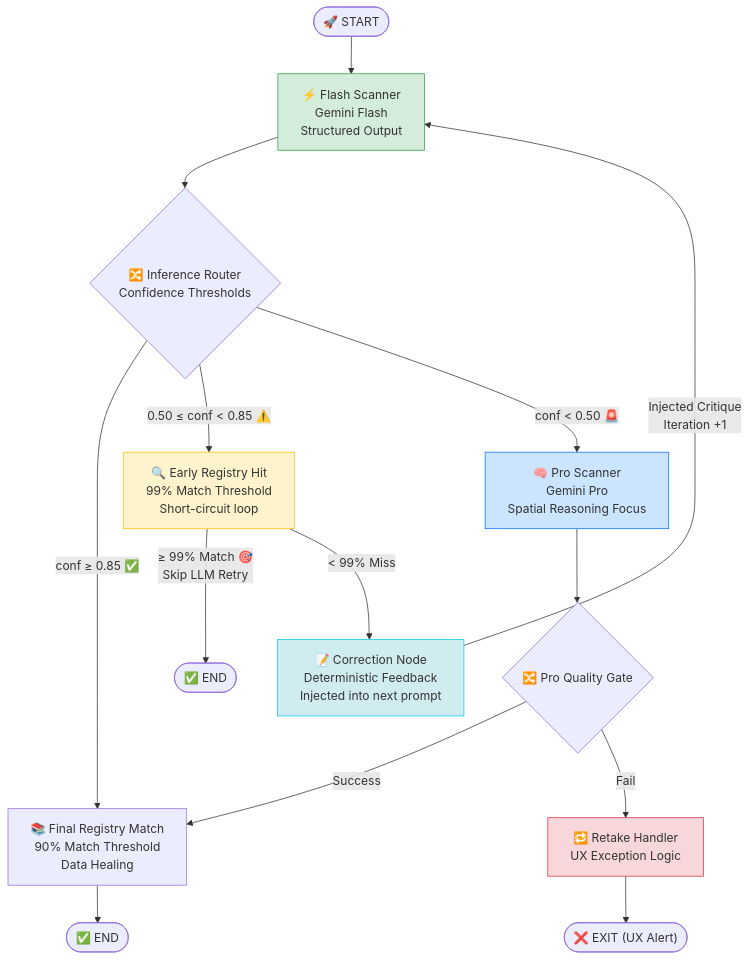
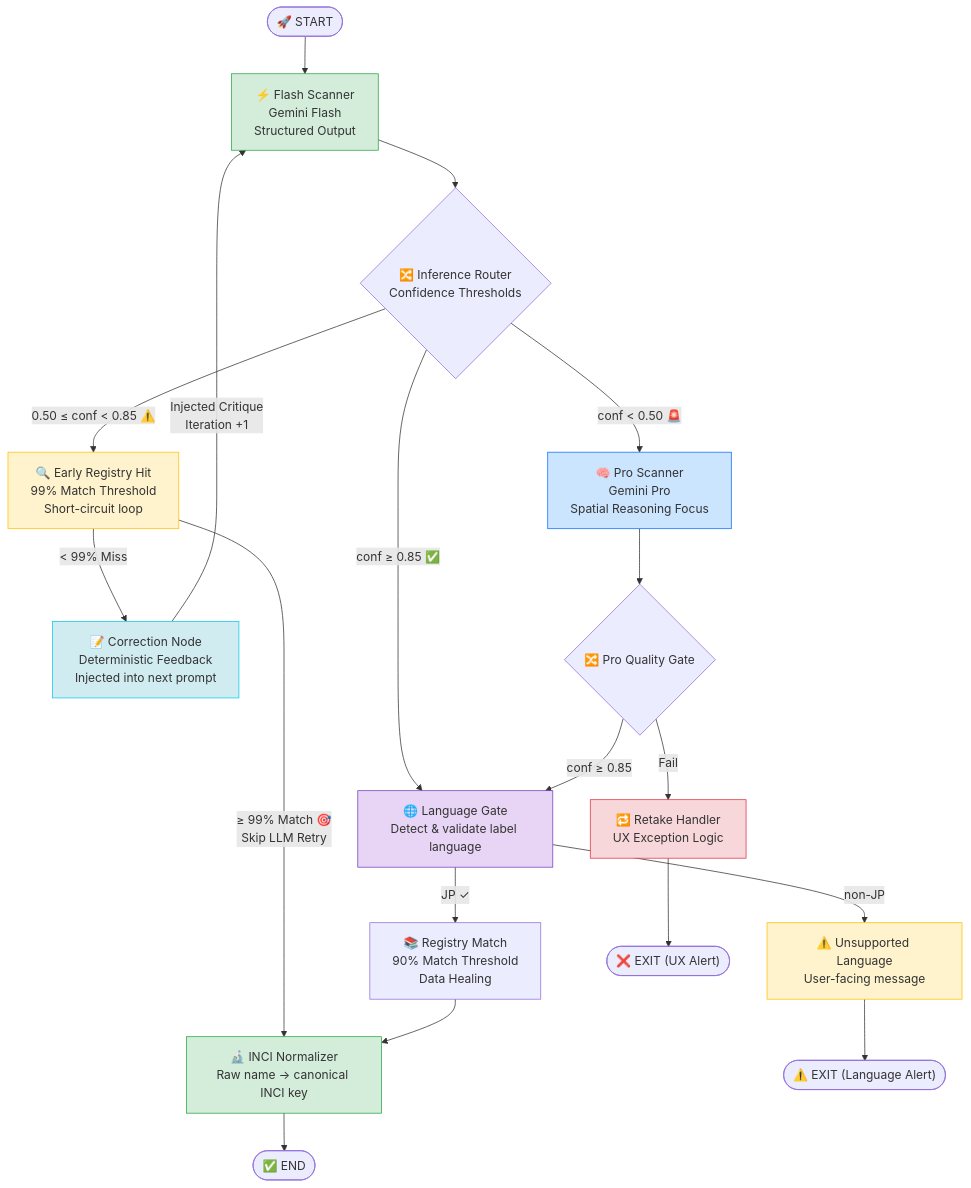
One commit to dvallslanaquera/skingraph changed the fourth of 4 diagrams in README.md. Above: the diagram before and after it, drawn with Mermaid. The commit also changed other lines of this file, not shown here.

````diff
--- a/README.md
+++ b/README.md
@@ -237,39 +314,50 @@
 ```mermaid
 flowchart TD
     Start(["🚀 START"])
     Flash["⚡ Flash Scanner\nGemini Flash\nStructured Output"]
     Router{"🔀 Inference Router\nConfidence Thresholds"}
     EarlyCheck["🔍 Early Registry Hit\n99% Match Threshold\nShort-circuit loop"]
     Correction["📝 Correction Node\nDeterministic Feedback\nInjected into next prompt"]
     Pro["🧠 Pro Scanner\nGemini Pro\nSpatial Reasoning Focus"]
-    RegLookup["📚 Final Registry Match\n90% Match Threshold\nData Healing"]
+    LangGate["🌐 Language Gate\nDetect & validate label language"]
+    RegLookup["📚 Registry Match\n90% Match Threshold\nData Healing"]
+    Normalizer["🔬 INCI Normalizer\nRaw name → canonical INCI key"]
     ProRouter{"🔀 Pro Quality Gate"}
     Retake["🔁 Retake Handler\nUX Exception Logic"]
-    End1(["✅ END"])
-    End2(["✅ END"])
-    End3(["❌ EXIT (UX Alert)"])
+    Unsupported["⚠️ Unsupported Language\nUser-facing message"]
+    EndOK(["✅ END"])
+    EndRetake(["❌ EXIT (UX Alert)"])
+    EndLang(["⚠️ EXIT (Language Alert)"])
 
     Start --> Flash
     Flash --> Router
 
-    Router -->|"conf ≥ 0.85 ✅"| RegLookup
+    Router -->|"conf ≥ 0.85 ✅"| LangGate
     Router -->|"0.50 ≤ conf < 0.85 ⚠️"| EarlyCheck
     Router -->|"conf < 0.50 🚨"| Pro
 
-    EarlyCheck -->|"≥ 99% Match 🎯\nSkip LLM Retry"| End1
+    EarlyCheck -->|"≥ 99% Match 🎯\nSkip LLM Retry"| Normalizer
     EarlyCheck -->|"< 99% Miss"| Correction
     Correction -->|"Injected Critique\nIteration +1"| Flash
 
-    RegLookup --> End2
+    Pro --> ProRouter
+    ProRouter -->|"conf ≥ 0.85"| LangGate
+    ProRouter -->|"Fail"| Retake
+    Retake --> EndRetake
 
-    Pro --> ProRouter
-    ProRouter -->|"Success"| RegLookup
-    ProRouter -->|"Fail"| Retake
-    Retake --> End3
+    LangGate -->|"JP ✓"| RegLookup
+    LangGate -->|"non-JP"| Unsupported
+    Unsupported --> EndLang
+
+    RegLookup --> Normalizer
+    Normalizer --> EndOK
 
     style EarlyCheck fill:#fff3cd,stroke:#ffc107
     style Correction fill:#d1ecf1,stroke:#0dcaf0
     style Retake fill:#f8d7da,stroke:#dc3545
     style Flash fill:#d4edda,stroke:#28a745
     style Pro fill:#cce5ff,stroke:#0d6efd
+    style LangGate fill:#e8d5f5,stroke:#6f42c1
+    style Normalizer fill:#d4edda,stroke:#28a745
+    style Unsupported fill:#fff3cd,stroke:#ffc107
 ```
````
